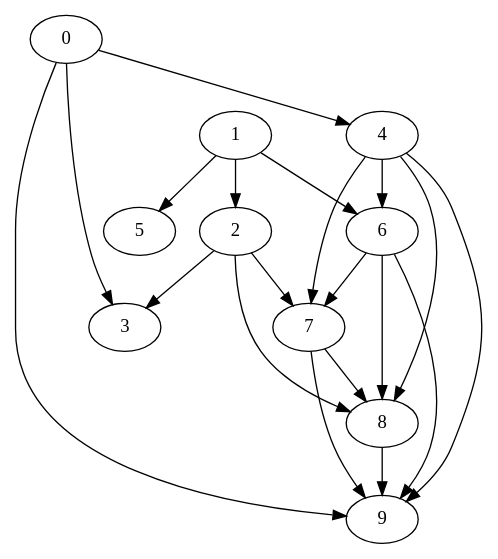
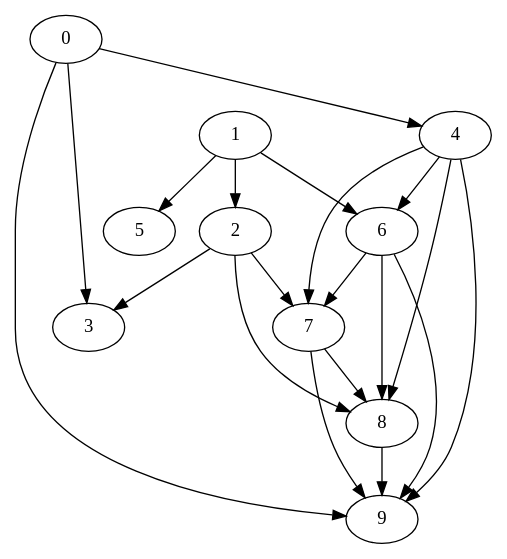
One commit to Jordanwmk/Paralex changed the diagram in src/input10.dot. Above: the diagram before and after it, drawn with Graphviz. The commit also changed 7 other files, not shown here.

```diff
--- a/src/input10.dot
+++ b/src/input10.dot
@@ -1,38 +1,38 @@
-digraph "Random_Nodes_10_Density_1.90_CCR_10.00_WeightType_Random" {
+digraph "Random_Nodes_10_Density_1.90_CCR_10.00_weightType_Random" {
 	graph [CCR=10.0,
 		Density=1.9,
 		"No of edges"=19,
 		"No of nodes"=10,
 		"Node concurrency"=-1,
 		"Total sequential time"=63
 	];
-	0	 [Weight=6];
-	3	 [Weight=10];
-	0 -> 3	 [Weight=34];
-	4	 [Weight=3];
-	0 -> 4	 [Weight=24];
-	9	 [Weight=8];
-	0 -> 9	 [Weight=44];
-	1	 [Weight=5];
-	2	 [Weight=5];
-	1 -> 2	 [Weight=48];
-	5	 [Weight=7];
-	1 -> 5	 [Weight=19];
-	6	 [Weight=8];
-	1 -> 6	 [Weight=39];
-	2 -> 3	 [Weight=10];
-	7	 [Weight=3];
-	2 -> 7	 [Weight=48];
-	8	 [Weight=8];
-	2 -> 8	 [Weight=48];
-	4 -> 6	 [Weight=10];
-	4 -> 7	 [Weight=48];
-	4 -> 8	 [Weight=48];
-	4 -> 9	 [Weight=39];
-	6 -> 7	 [Weight=15];
-	6 -> 8	 [Weight=39];
-	6 -> 9	 [Weight=29];
-	7 -> 8	 [Weight=15];
-	7 -> 9	 [Weight=34];
-	8 -> 9	 [Weight=39];
+	0	 [weight="6"];
+	3	 [weight="10"];
+	0 -> 3	 [weight="34"];
+	4	 [weight="3"];
+	0 -> 4	 [weight="24"];
+	9	 [weight="8"];
+	0 -> 9	 [weight="44"];
+	1	 [weight="5"];
+	2	 [weight="5"];
+	1 -> 2	 [weight="48"];
+	5	 [weight="7"];
+	1 -> 5	 [weight="19"];
+	6	 [weight="8"];
+	1 -> 6	 [weight="39"];
+	2 -> 3	 [weight="10"];
+	7	 [weight="3"];
+	2 -> 7	 [weight="48"];
+	8	 [weight="8"];
+	2 -> 8	 [weight="48"];
+	4 -> 6	 [weight="10"];
+	4 -> 7	 [weight="48"];
+	4 -> 8	 [weight="48"];
+	4 -> 9	 [weight="39"];
+	6 -> 7	 [weight="15"];
+	6 -> 8	 [weight="39"];
+	6 -> 9	 [weight="29"];
+	7 -> 8	 [weight="15"];
+	7 -> 9	 [weight="34"];
+	8 -> 9	 [weight="39"];
 }
```
